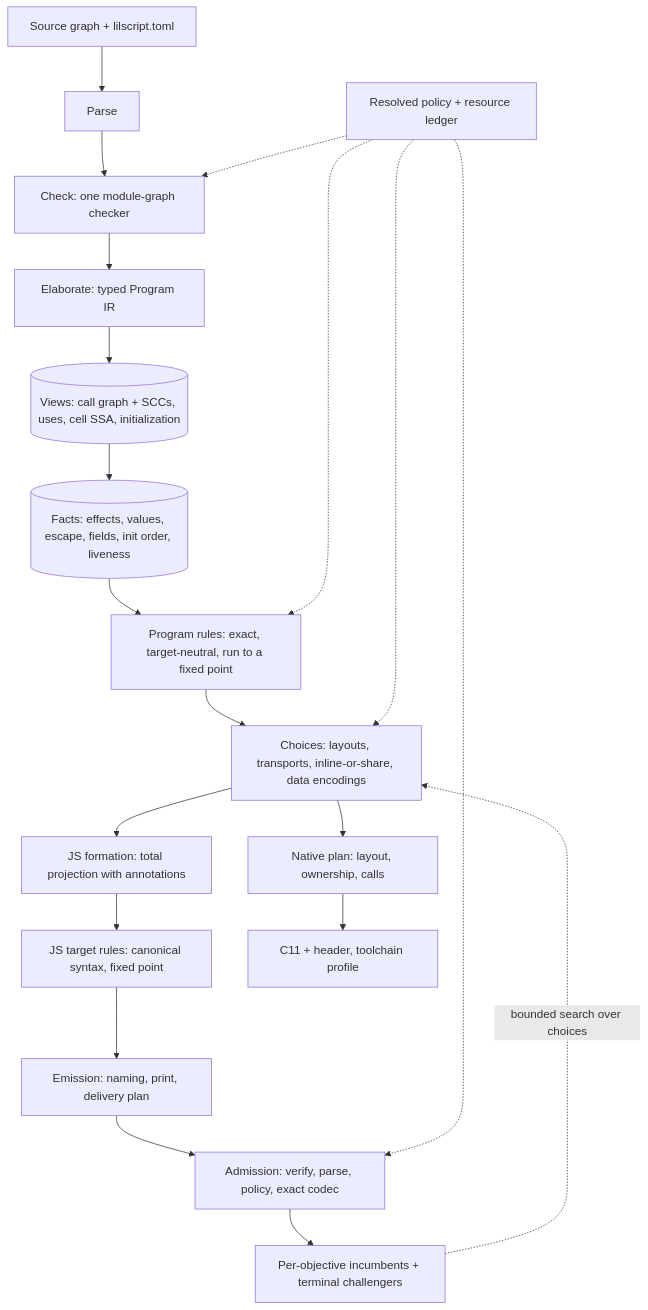
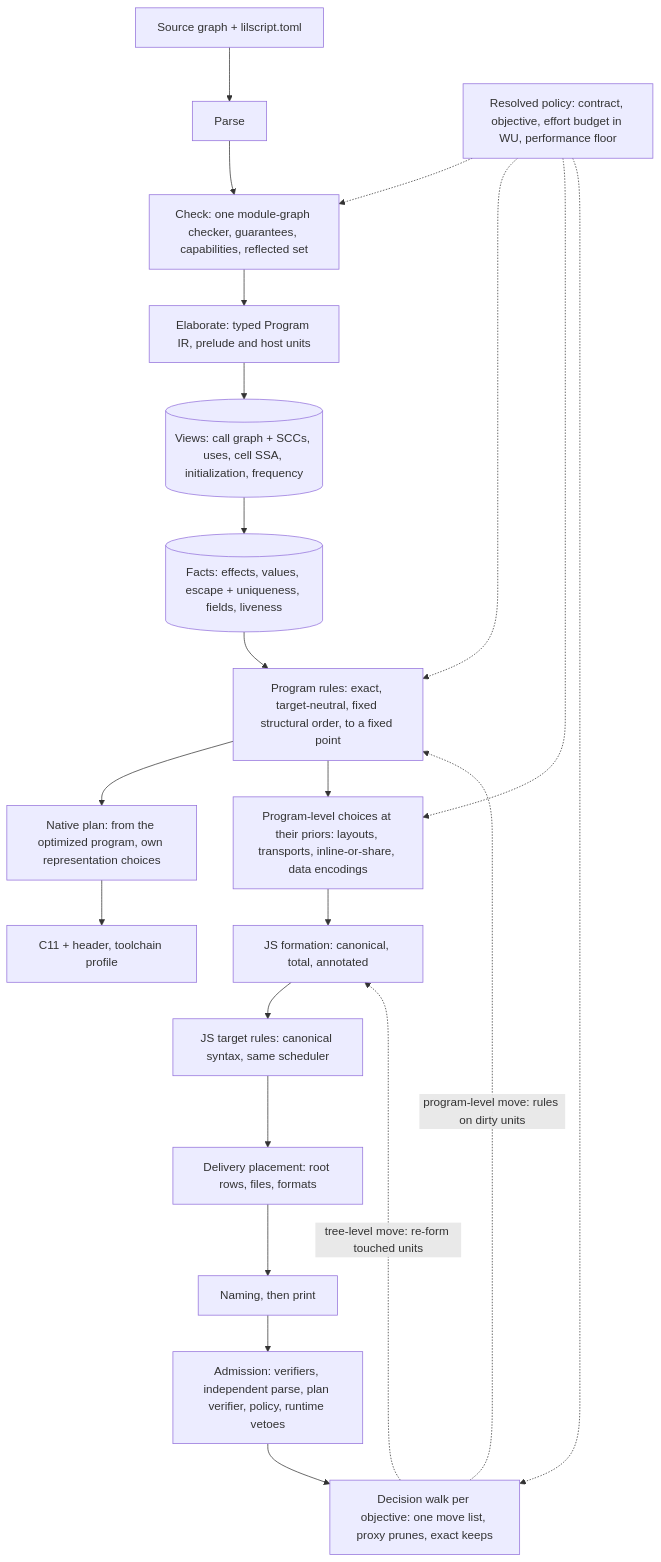
Before and after one commit to yeargun/lilscript: the diagram in docs/future-architecture.md, drawn with Mermaid. The commit also changed other lines of this file and 5 other files, not shown here.

````diff
--- a/docs/future-architecture.md
+++ b/docs/future-architecture.md
@@ -92,22 +140,24 @@
 ```mermaid
 flowchart TD
   S[Source graph + lilscript.toml] --> P[Parse]
-  P --> C[Check: one module-graph checker]
-  C --> E[Elaborate: typed Program IR]
-  E --> V[(Views: call graph + SCCs, uses, cell SSA, initialization)]
-  V --> F[(Facts: effects, values, escape, fields, init order, liveness)]
-  F --> R[Program rules: exact, target-neutral, run to a fixed point]
-  R --> H[Choices: layouts, transports, inline-or-share, data encodings]
-  H --> J[JS formation: total projection with annotations]
-  H --> N[Native plan: layout, ownership, calls]
-  J --> T[JS target rules: canonical syntax, fixed point]
-  T --> D[Emission: naming, print, delivery plan]
-  D --> A[Admission: verify, parse, policy, exact codec]
-  A --> W[Per-objective incumbents + terminal challengers]
-  W -. bounded search over choices .-> H
+  P --> C[Check: one module-graph checker, guarantees, capabilities, reflected set]
+  C --> E[Elaborate: typed Program IR, prelude and host units]
+  E --> V[(Views: call graph + SCCs, uses, cell SSA, initialization, frequency)]
+  V --> F[(Facts: effects, values, escape + uniqueness, fields, liveness)]
+  F --> R[Program rules: exact, target-neutral, fixed structural order, to a fixed point]
+  R --> N[Native plan: from the optimized program, own representation choices]
+  R --> H[Program-level choices at their priors: layouts, transports, inline-or-share, data encodings]
+  H --> J[JS formation: canonical, total, annotated]
+  J --> T[JS target rules: canonical syntax, same scheduler]
+  T --> D[Delivery placement: root rows, files, formats]
+  D --> M[Naming, then print]
+  M --> A[Admission: verifiers, independent parse, plan verifier, policy, runtime vetoes]
+  A --> W[Decision walk per objective: one move list, proxy prunes, exact keeps]
+  W -. program-level move: rules on dirty units .-> R
+  W -. tree-level move: re-form touched units .-> J
   N --> X[C11 + header, toolchain profile]
-  L[Resolved policy + resource ledger] -.-> C
+  L[Resolved policy: contract, objective, effort budget in WU, performance floor] -.-> C
   L -.-> R
   L -.-> H
-  L -.-> A
+  L -.-> W
 ```
````
